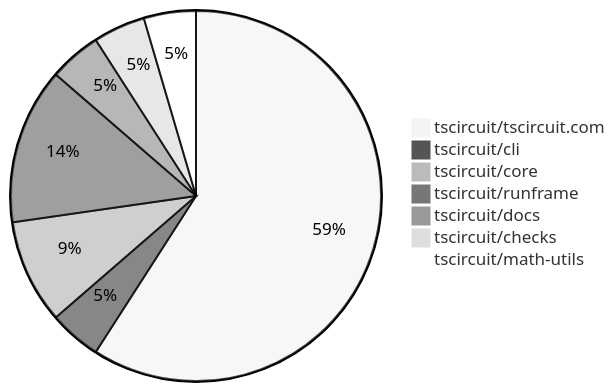
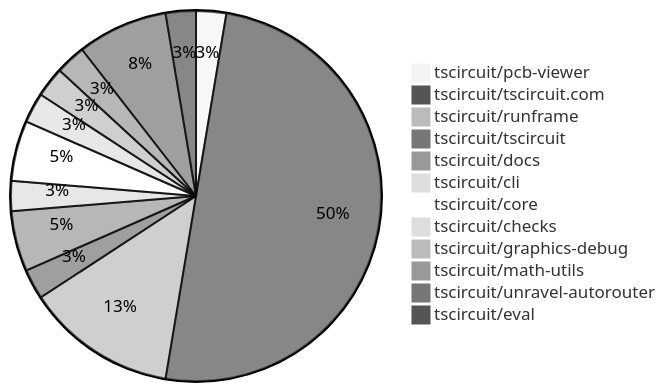
One commit to tscircuit/contribution-tracker changed the diagram in README.md. Above: the diagram before and after it, drawn with Mermaid (neutral theme). The commit also changed other lines of this file and 3 other files, not shown here.

````diff
--- a/README.md
+++ b/README.md
@@ -24,10 +24,15 @@
 ```mermaid
 pie
-    "tscircuit/tscircuit.com" : 13
+    "tscircuit/pcb-viewer" : 1
+    "tscircuit/tscircuit.com" : 19
+    "tscircuit/runframe" : 5
+    "tscircuit/tscircuit" : 1
+    "tscircuit/docs" : 2
     "tscircuit/cli" : 1
     "tscircuit/core" : 2
-    "tscircuit/runframe" : 3
-    "tscircuit/docs" : 1
     "tscircuit/checks" : 1
+    "tscircuit/graphics-debug" : 1
     "tscircuit/math-utils" : 1
+    "tscircuit/unravel-autorouter" : 3
+    "tscircuit/eval" : 1
 ```
````
